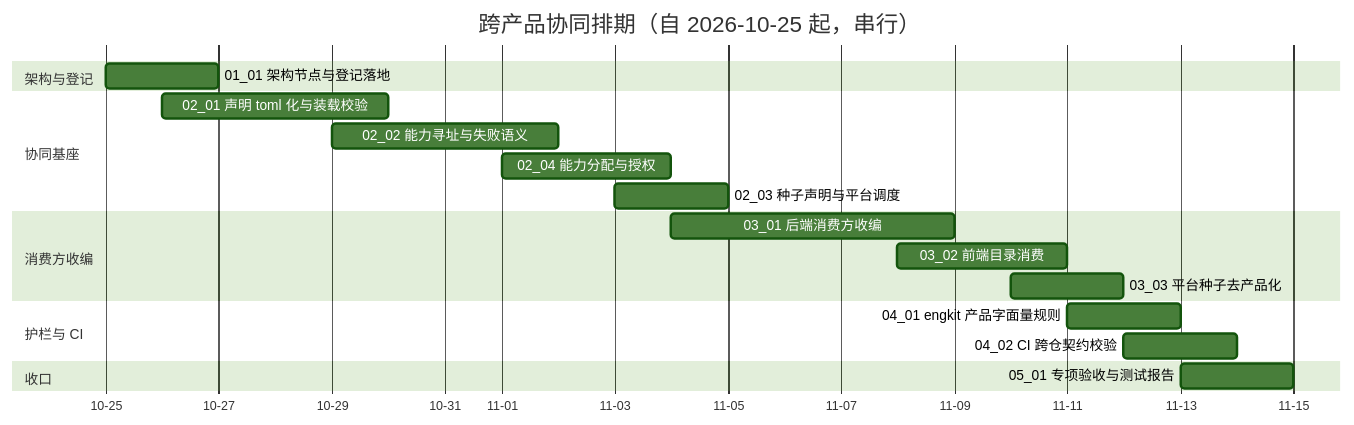
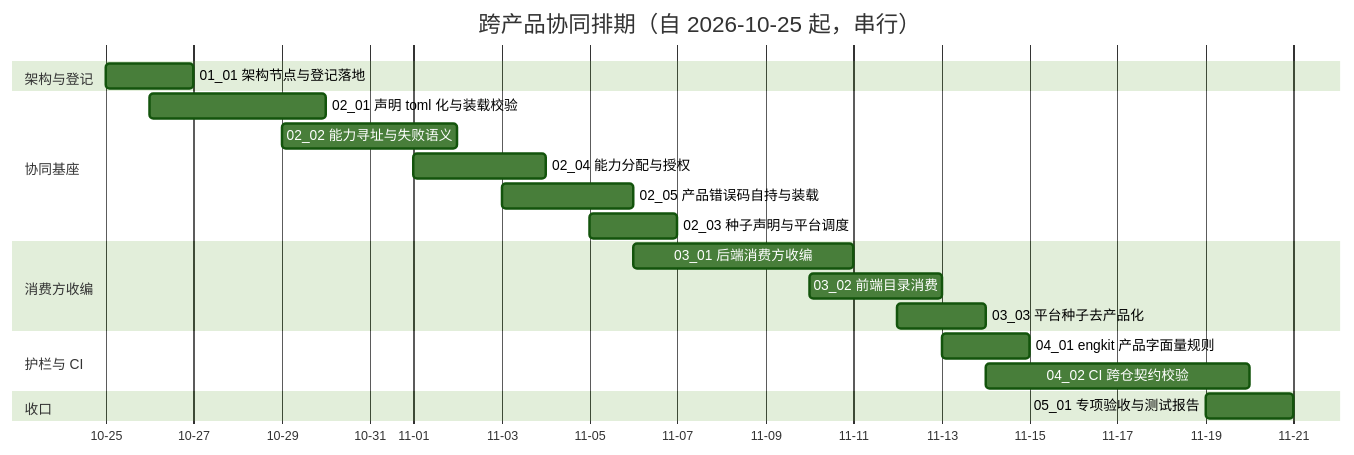
One commit to minjian123/basic-management-system changed the diagram in bms文档/项目/07B_跨产品协同/计划/01_计划_跨产品协同.md. Above: the diagram before and after it, drawn with Mermaid (forest theme). The commit also changed other lines of this file and 9 other files, not shown here.

````diff
--- a/bms文档/项目/07B_跨产品协同/计划/01_计划_跨产品协同.md
+++ b/bms文档/项目/07B_跨产品协同/计划/01_计划_跨产品协同.md
@@ -38,22 +39,23 @@
 ```mermaid
 gantt
     title 跨产品协同排期（自 2026-10-25 起，串行）
     dateFormat  YYYY-MM-DD
     axisFormat %m-%d
     section 架构与登记
     01_01 架构节点与登记落地 :a0101, 2026-10-25, 2d
     section 协同基座
     02_01 声明 toml 化与装载校验 :a0201, 2026-10-26, 4d
     02_02 能力寻址与失败语义 :a0202, 2026-10-29, 4d
     02_04 能力分配与授权 :a0204, 2026-11-01, 3d
-    02_03 种子声明与平台调度 :a0203, 2026-11-03, 2d
+    02_05 产品错误码自持与装载 :a0205, 2026-11-03, 3d
+    02_03 种子声明与平台调度 :a0203, 2026-11-05, 2d
     section 消费方收编
-    03_01 后端消费方收编 :a0301, 2026-11-04, 5d
-    03_02 前端目录消费 :a0302, 2026-11-08, 3d
-    03_03 平台种子去产品化 :a0303, 2026-11-10, 2d
+    03_01 后端消费方收编 :a0301, 2026-11-06, 5d
+    03_02 前端目录消费 :a0302, 2026-11-10, 3d
+    03_03 平台种子去产品化 :a0303, 2026-11-12, 2d
     section 护栏与 CI
-    04_01 engkit 产品字面量规则 :a0401, 2026-11-11, 2d
-    04_02 CI 跨仓契约校验 :a0402, 2026-11-12, 2d
+    04_01 engkit 产品字面量规则 :a0401, 2026-11-13, 2d
+    04_02 CI 跨仓契约校验 :a0402, 2026-11-14, 6d
     section 收口
-    05_01 专项验收与测试报告 :a0501, 2026-11-13, 2d
+    05_01 专项验收与测试报告 :a0501, 2026-11-19, 2d
 ```
````
